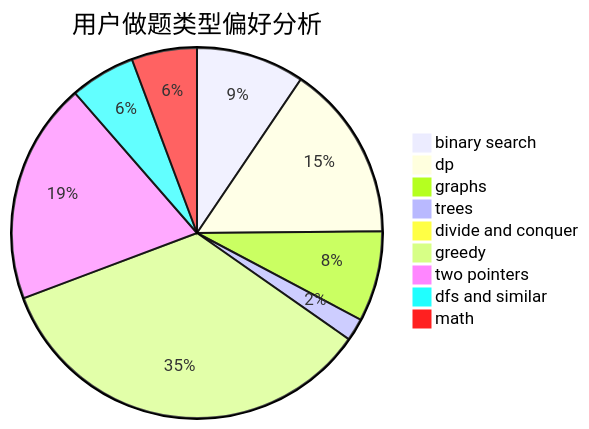
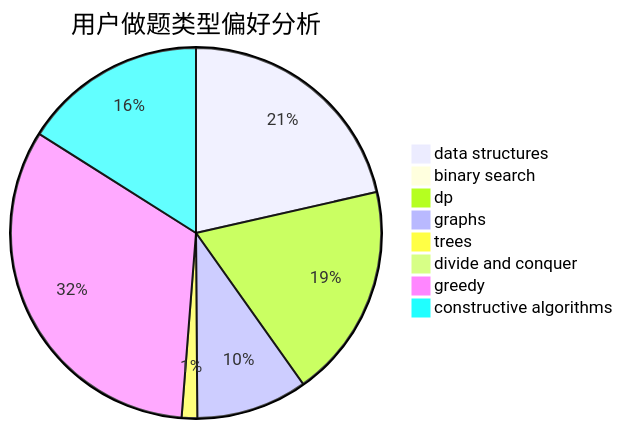
The second of 3 diagrams in docs/user/u576.md (sherpahu/cfrs.github.io), drawn with Mermaid before and after one commit. The commit also changed other lines of this file and 2775 other files, not shown here.

````diff
--- a/docs/user/u576.md
+++ b/docs/user/u576.md
@@ -23,12 +23,11 @@
 ```mermaid
 pie title 用户做题类型偏好分析
-    "binary search" :  116
-    "dp" :  189
-    "graphs" :  97
-    "trees" :  24
+    "data structures" :  95
+    "binary search" :  4
+    "dp" :  83
+    "graphs" :  43
+    "trees" :  6
     "divide and conquer" :  0
-    "greedy" :  424
-    "two pointers" :  237
-    "dfs and similar" :  70
-    "math" :  70
+    "greedy" :  145
+    "constructive algorithms" :  71
 ```
````
